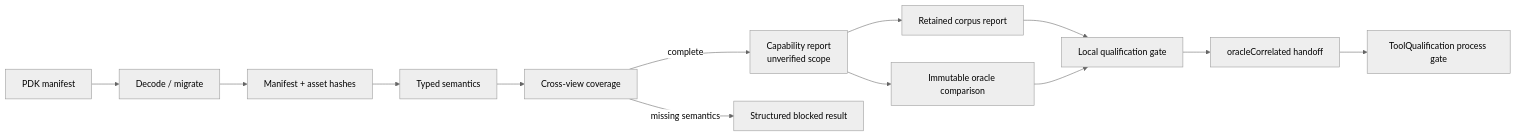
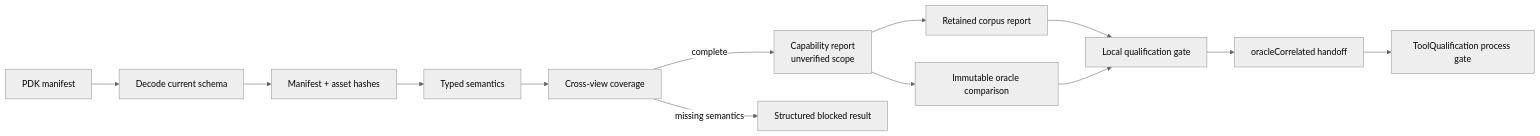
One commit to 1amageek/PDKKit changed the diagram in CAPABILITY_REPORT.md. Above: the diagram before and after it, drawn with Mermaid (neutral theme). The commit also changed other lines of this file and 6 other files, not shown here.

Commit message:
Align PDKKit docs with current-only schemas

````diff
--- a/CAPABILITY_REPORT.md
+++ b/CAPABILITY_REPORT.md
@@ -56,15 +56,15 @@
 ```mermaid
 flowchart LR
-  Manifest["PDK manifest"] --> Decode["Decode / migrate"]
+  Manifest["PDK manifest"] --> Decode["Decode current schema"]
   Decode --> Hash["Manifest + asset hashes"]
   Hash --> Semantics["Typed semantics"]
   Semantics --> Coverage["Cross-view coverage"]
   Coverage -->|complete| Scope["Capability report\nunverified scope"]
   Coverage -->|missing semantics| Blocked["Structured blocked result"]
   Scope --> Corpus["Retained corpus report"]
   Scope --> Oracle["Immutable oracle comparison"]
   Corpus --> Gate["Local qualification gate"]
   Oracle --> Gate
   Gate --> Qualified["oracleCorrelated handoff"]
   Qualified --> External["ToolQualification process gate"]
 ```
````
